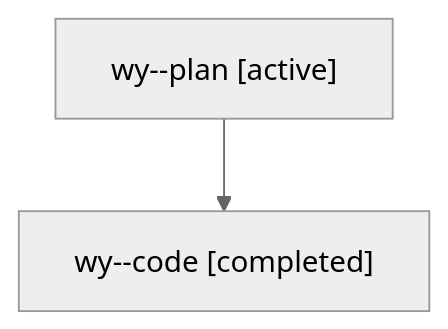
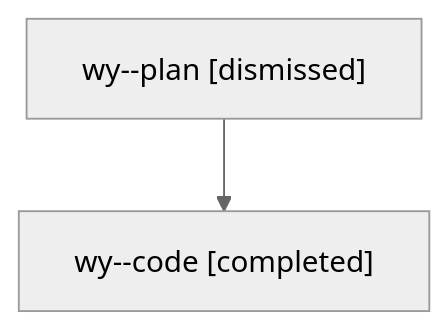
One commit to sase-org/sase--agents changed the diagram in sessions/bbugyi200.athena.wy.md. Above: the diagram before and after it, drawn with Mermaid (neutral theme). The commit also changed other lines of this file and 42 other files, not shown here.

````diff
--- a/sessions/bbugyi200.athena.wy.md
+++ b/sessions/bbugyi200.athena.wy.md
@@ -9,6 +9,6 @@
 ```mermaid
 flowchart TD
-  n0["wy--plan [active]"]
+  n0["wy--plan [dismissed]"]
   n1["wy--code [completed]"]
   n0 --> n1
 ```
````
